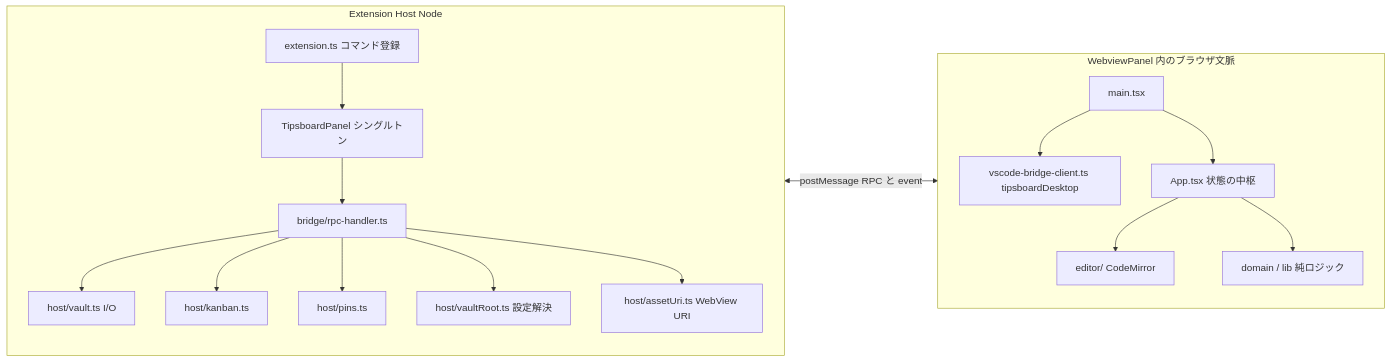
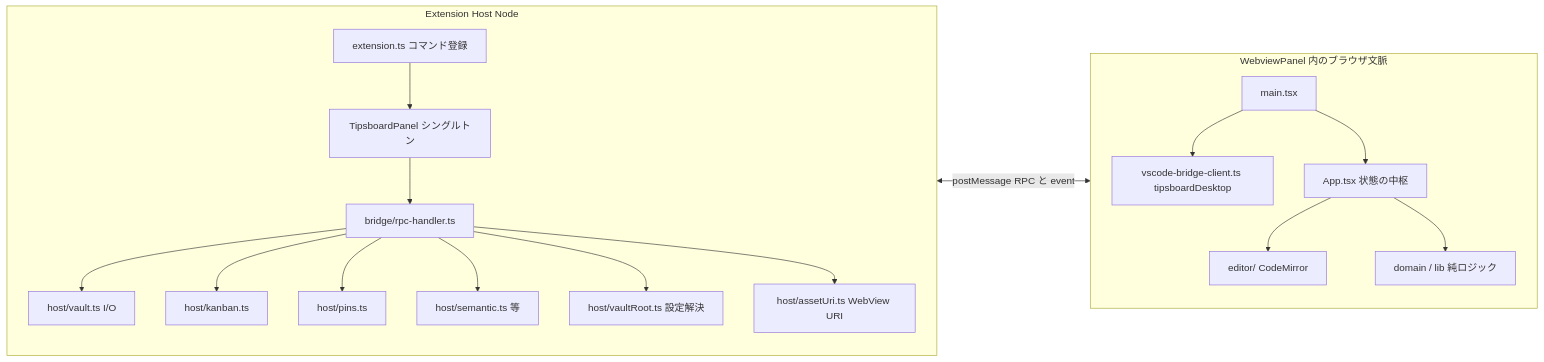
The diagram in docs_wiki/SPEC.md (kyu999/tipsboard-vscode), drawn with Mermaid before and after one commit. The commit also changed other lines of this file and 23 other files, not shown here.

````diff
--- a/docs_wiki/SPEC.md
+++ b/docs_wiki/SPEC.md
@@ -30,32 +30,34 @@
 ```mermaid
 flowchart LR
   subgraph host [Extension Host Node]
     ext[extension.ts コマンド登録]
     panel[TipsboardPanel シングルトン]
     rpc[bridge/rpc-handler.ts]
     vault[host/vault.ts I/O]
     kb[host/kanban.ts]
     pins[host/pins.ts]
+    sem[host/semantic.ts 等]
     root[host/vaultRoot.ts 設定解決]
     asset[host/assetUri.ts WebView URI]
     ext --> panel
     panel --> rpc
     rpc --> vault
     rpc --> kb
     rpc --> pins
+    rpc --> sem
     rpc --> root
     rpc --> asset
   end
   subgraph wv [WebviewPanel 内のブラウザ文脈]
     main[main.tsx]
     shim[vscode-bridge-client.ts tipsboardDesktop]
     app[App.tsx 状態の中枢]
     cm[editor/ CodeMirror]
     dom[domain / lib 純ロジック]
     main --> shim
     main --> app
     app --> cm
     app --> dom
   end
   host <-->|postMessage RPC と event| wv
 ```
````
